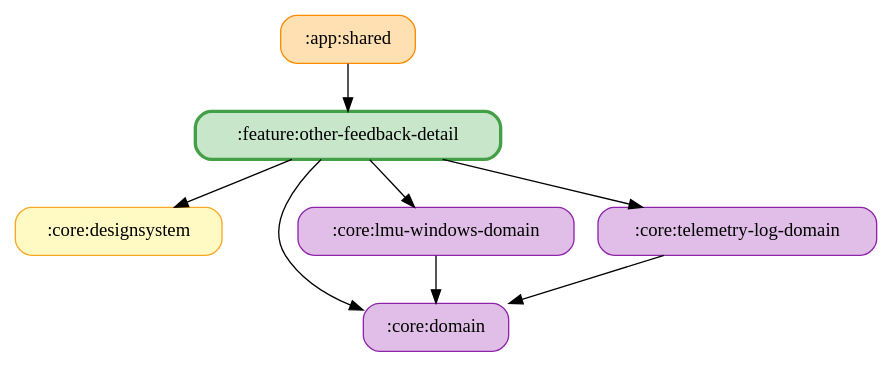
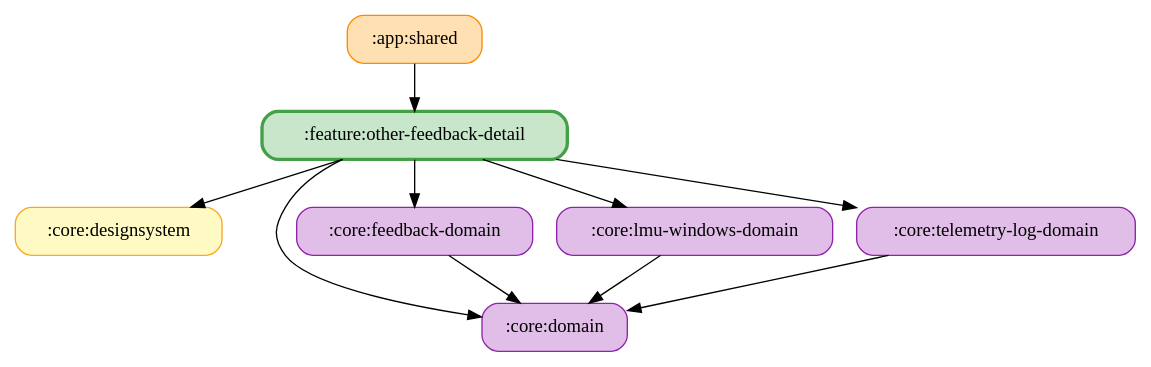
Before and after one commit to ai-kurou/KoDriver: the diagram in docs/graphs/feature-other-feedback-detail.gv, drawn with Graphviz. The commit also changed 31 other files, not shown here.

Commit message:
chore: update module graph images

```diff
--- a/docs/graphs/feature-other-feedback-detail.gv
+++ b/docs/graphs/feature-other-feedback-detail.gv
@@ -1,17 +1,20 @@
 digraph G {
   rankdir=TB
   node [shape=box, style="rounded,filled"]
   ":app:shared" [fillcolor="#FFE0B2", color="#FB8C00", penwidth=1]
   ":core:designsystem" [fillcolor="#FFF9C4", color="#F9A825", penwidth=1]
   ":core:domain" [fillcolor="#E1BEE7", color="#8E24AA", penwidth=1]
+  ":core:feedback-domain" [fillcolor="#E1BEE7", color="#8E24AA", penwidth=1]
   ":core:lmu-windows-domain" [fillcolor="#E1BEE7", color="#8E24AA", penwidth=1]
   ":core:telemetry-log-domain" [fillcolor="#E1BEE7", color="#8E24AA", penwidth=1]
   ":feature:other-feedback-detail" [fillcolor="#C8E6C9", color="#43A047", penwidth=2.5]
   ":app:shared" -> ":feature:other-feedback-detail"
+  ":core:feedback-domain" -> ":core:domain"
   ":core:lmu-windows-domain" -> ":core:domain"
   ":core:telemetry-log-domain" -> ":core:domain"
   ":feature:other-feedback-detail" -> ":core:domain"
   ":feature:other-feedback-detail" -> ":core:designsystem"
+  ":feature:other-feedback-detail" -> ":core:feedback-domain"
   ":feature:other-feedback-detail" -> ":core:telemetry-log-domain"
   ":feature:other-feedback-detail" -> ":core:lmu-windows-domain"
 }
```
